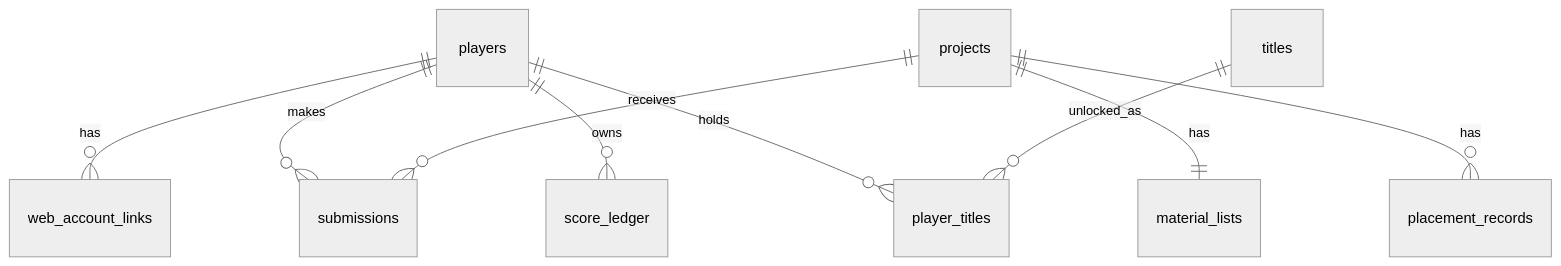
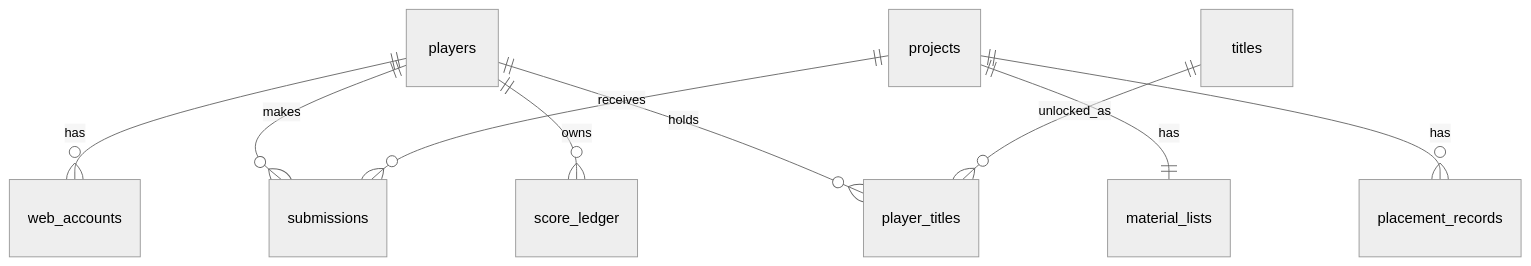
One commit to YuShenLiu06/PCHSystem changed the fourth of 7 diagrams in Docs/architecture.md. Above: the diagram before and after it, drawn with Mermaid (neutral theme). The commit also changed other lines of this file and 12 other files, not shown here.

````diff
--- a/Docs/architecture.md
+++ b/Docs/architecture.md
@@ -213,11 +213,11 @@
 ```mermaid
 erDiagram
-    players ||--o{ web_account_links : has
+    players ||--o{ web_accounts : has
     players ||--o{ submissions : makes
     players ||--o{ score_ledger : owns
     players ||--o{ player_titles : holds
     projects ||--|| material_lists : has
     projects ||--o{ submissions : receives
     projects ||--o{ placement_records : has
     titles ||--o{ player_titles : unlocked_as
 ```
````
